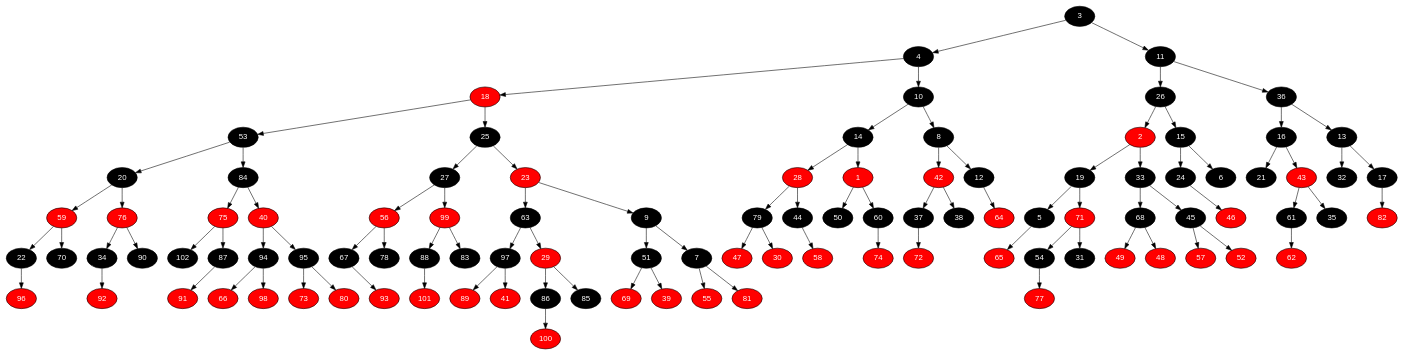
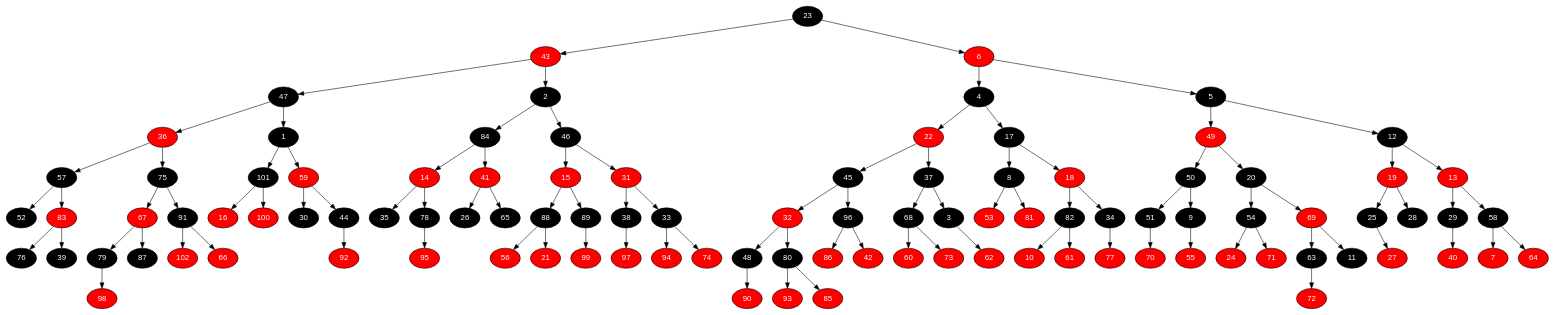
The diagram in T3/outputs/01-mar-pequeno-1par-naus_01-mv1-001-cmr.dot (marcotuiio/Data_Structures), drawn with Graphviz before and after one commit. The commit also changed 634 other files, not shown here.

```diff
--- a/T3/outputs/01-mar-pequeno-1par-naus_01-mv1-001-cmr.dot
+++ b/T3/outputs/01-mar-pequeno-1par-naus_01-mv1-001-cmr.dot
@@ -3,209 +3,209 @@
 	edge [fontname="Helvetica,Arial,sans-serif" color="black"]
 
 	{
-		node [fillcolor=" black" fontcolor=" white"] 3 
+		node [fillcolor=" black" fontcolor=" white"] 23 
+		node [fillcolor=" red" fontcolor=" white"] 43 
+		node [fillcolor=" black" fontcolor=" white"] 47 
+		node [fillcolor=" red" fontcolor=" white"] 36 
+		node [fillcolor=" black" fontcolor=" white"] 57 
+		node [fillcolor=" black" fontcolor=" white"] 52 
+		node [fillcolor=" red" fontcolor=" white"] 83 
+		node [fillcolor=" black" fontcolor=" white"] 76 
+		node [fillcolor=" black" fontcolor=" white"] 39 
+		node [fillcolor=" black" fontcolor=" white"] 75 
+		node [fillcolor=" red" fontcolor=" white"] 67 
+		node [fillcolor=" black" fontcolor=" white"] 79 
+		node [fillcolor=" red" fontcolor=" white"] 98 
+		node [fillcolor=" black" fontcolor=" white"] 87 
+		node [fillcolor=" black" fontcolor=" white"] 91 
+		node [fillcolor=" red" fontcolor=" white"] 102 
+		node [fillcolor=" red" fontcolor=" white"] 66 
+		node [fillcolor=" black" fontcolor=" white"] 1 
+		node [fillcolor=" black" fontcolor=" white"] 101 
+		node [fillcolor=" red" fontcolor=" white"] 16 
+		node [fillcolor=" red" fontcolor=" white"] 100 
+		node [fillcolor=" red" fontcolor=" white"] 59 
+		node [fillcolor=" black" fontcolor=" white"] 30 
+		node [fillcolor=" black" fontcolor=" white"] 44 
+		node [fillcolor=" red" fontcolor=" white"] 92 
+		node [fillcolor=" black" fontcolor=" white"] 2 
+		node [fillcolor=" black" fontcolor=" white"] 84 
+		node [fillcolor=" red" fontcolor=" white"] 14 
+		node [fillcolor=" black" fontcolor=" white"] 35 
+		node [fillcolor=" black" fontcolor=" white"] 78 
+		node [fillcolor=" red" fontcolor=" white"] 95 
+		node [fillcolor=" red" fontcolor=" white"] 41 
+		node [fillcolor=" black" fontcolor=" white"] 26 
+		node [fillcolor=" black" fontcolor=" white"] 65 
+		node [fillcolor=" black" fontcolor=" white"] 46 
+		node [fillcolor=" red" fontcolor=" white"] 15 
+		node [fillcolor=" black" fontcolor=" white"] 88 
+		node [fillcolor=" red" fontcolor=" white"] 56 
+		node [fillcolor=" red" fontcolor=" white"] 21 
+		node [fillcolor=" black" fontcolor=" white"] 89 
+		node [fillcolor=" red" fontcolor=" white"] 99 
+		node [fillcolor=" red" fontcolor=" white"] 31 
+		node [fillcolor=" black" fontcolor=" white"] 38 
+		node [fillcolor=" red" fontcolor=" white"] 97 
+		node [fillcolor=" black" fontcolor=" white"] 33 
+		node [fillcolor=" red" fontcolor=" white"] 94 
+		node [fillcolor=" red" fontcolor=" white"] 74 
+		node [fillcolor=" red" fontcolor=" white"] 6 
 		node [fillcolor=" black" fontcolor=" white"] 4 
-		node [fillcolor=" red" fontcolor=" white"] 18 
-		node [fillcolor=" black" fontcolor=" white"] 53 
-		node [fillcolor=" black" fontcolor=" white"] 20 
-		node [fillcolor=" red" fontcolor=" white"] 59 
-		node [fillcolor=" black" fontcolor=" white"] 22 
-		node [fillcolor=" red" fontcolor=" white"] 96 
-		node [fillcolor=" black" fontcolor=" white"] 70 
-		node [fillcolor=" red" fontcolor=" white"] 76 
-		node [fillcolor=" black" fontcolor=" white"] 34 
-		node [fillcolor=" red" fontcolor=" white"] 92 
-		node [fillcolor=" black" fontcolor=" white"] 90 
-		node [fillcolor=" black" fontcolor=" white"] 84 
-		node [fillcolor=" red" fontcolor=" white"] 75 
-		node [fillcolor=" black" fontcolor=" white"] 102 
-		node [fillcolor=" black" fontcolor=" white"] 87 
-		node [fillcolor=" red" fontcolor=" white"] 91 
-		node [fillcolor=" red" fontcolor=" white"] 40 
-		node [fillcolor=" black" fontcolor=" white"] 94 
-		node [fillcolor=" red" fontcolor=" white"] 66 
-		node [fillcolor=" red" fontcolor=" white"] 98 
-		node [fillcolor=" black" fontcolor=" white"] 95 
-		node [fillcolor=" red" fontcolor=" white"] 73 
-		node [fillcolor=" red" fontcolor=" white"] 80 
-		node [fillcolor=" black" fontcolor=" white"] 25 
-		node [fillcolor=" black" fontcolor=" white"] 27 
-		node [fillcolor=" red" fontcolor=" white"] 56 
-		node [fillcolor=" black" fontcolor=" white"] 67 
+		node [fillcolor=" red" fontcolor=" white"] 22 
+		node [fillcolor=" black" fontcolor=" white"] 45 
+		node [fillcolor=" red" fontcolor=" white"] 32 
+		node [fillcolor=" black" fontcolor=" white"] 48 
+		node [fillcolor=" red" fontcolor=" white"] 90 
+		node [fillcolor=" black" fontcolor=" white"] 80 
 		node [fillcolor=" red" fontcolor=" white"] 93 
-		node [fillcolor=" black" fontcolor=" white"] 78 
-		node [fillcolor=" red" fontcolor=" white"] 99 
-		node [fillcolor=" black" fontcolor=" white"] 88 
-		node [fillcolor=" red" fontcolor=" white"] 101 
-		node [fillcolor=" black" fontcolor=" white"] 83 
-		node [fillcolor=" red" fontcolor=" white"] 23 
-		node [fillcolor=" black" fontcolor=" white"] 63 
-		node [fillcolor=" black" fontcolor=" white"] 97 
-		node [fillcolor=" red" fontcolor=" white"] 89 
-		node [fillcolor=" red" fontcolor=" white"] 41 
-		node [fillcolor=" red" fontcolor=" white"] 29 
-		node [fillcolor=" black" fontcolor=" white"] 86 
-		node [fillcolor=" red" fontcolor=" white"] 100 
-		node [fillcolor=" black" fontcolor=" white"] 85 
-		node [fillcolor=" black" fontcolor=" white"] 9 
-		node [fillcolor=" black" fontcolor=" white"] 51 
-		node [fillcolor=" red" fontcolor=" white"] 69 
-		node [fillcolor=" red" fontcolor=" white"] 39 
-		node [fillcolor=" black" fontcolor=" white"] 7 
-		node [fillcolor=" red" fontcolor=" white"] 55 
-		node [fillcolor=" red" fontcolor=" white"] 81 
-		node [fillcolor=" black" fontcolor=" white"] 10 
-		node [fillcolor=" black" fontcolor=" white"] 14 
-		node [fillcolor=" red" fontcolor=" white"] 28 
-		node [fillcolor=" black" fontcolor=" white"] 79 
-		node [fillcolor=" red" fontcolor=" white"] 47 
-		node [fillcolor=" red" fontcolor=" white"] 30 
-		node [fillcolor=" black" fontcolor=" white"] 44 
-		node [fillcolor=" red" fontcolor=" white"] 58 
-		node [fillcolor=" red" fontcolor=" white"] 1 
-		node [fillcolor=" black" fontcolor=" white"] 50 
-		node [fillcolor=" black" fontcolor=" white"] 60 
-		node [fillcolor=" red" fontcolor=" white"] 74 
-		node [fillcolor=" black" fontcolor=" white"] 8 
+		node [fillcolor=" red" fontcolor=" white"] 85 
+		node [fillcolor=" black" fontcolor=" white"] 96 
+		node [fillcolor=" red" fontcolor=" white"] 86 
 		node [fillcolor=" red" fontcolor=" white"] 42 
 		node [fillcolor=" black" fontcolor=" white"] 37 
+		node [fillcolor=" black" fontcolor=" white"] 68 
+		node [fillcolor=" red" fontcolor=" white"] 60 
+		node [fillcolor=" red" fontcolor=" white"] 73 
+		node [fillcolor=" black" fontcolor=" white"] 3 
+		node [fillcolor=" red" fontcolor=" white"] 62 
+		node [fillcolor=" black" fontcolor=" white"] 17 
+		node [fillcolor=" black" fontcolor=" white"] 8 
+		node [fillcolor=" red" fontcolor=" white"] 53 
+		node [fillcolor=" red" fontcolor=" white"] 81 
+		node [fillcolor=" red" fontcolor=" white"] 18 
+		node [fillcolor=" black" fontcolor=" white"] 82 
+		node [fillcolor=" red" fontcolor=" white"] 10 
+		node [fillcolor=" red" fontcolor=" white"] 61 
+		node [fillcolor=" black" fontcolor=" white"] 34 
+		node [fillcolor=" red" fontcolor=" white"] 77 
+		node [fillcolor=" black" fontcolor=" white"] 5 
+		node [fillcolor=" red" fontcolor=" white"] 49 
+		node [fillcolor=" black" fontcolor=" white"] 50 
+		node [fillcolor=" black" fontcolor=" white"] 51 
+		node [fillcolor=" red" fontcolor=" white"] 70 
+		node [fillcolor=" black" fontcolor=" white"] 9 
+		node [fillcolor=" red" fontcolor=" white"] 55 
+		node [fillcolor=" black" fontcolor=" white"] 20 
+		node [fillcolor=" black" fontcolor=" white"] 54 
+		node [fillcolor=" red" fontcolor=" white"] 24 
+		node [fillcolor=" red" fontcolor=" white"] 71 
+		node [fillcolor=" red" fontcolor=" white"] 69 
+		node [fillcolor=" black" fontcolor=" white"] 63 
 		node [fillcolor=" red" fontcolor=" white"] 72 
-		node [fillcolor=" black" fontcolor=" white"] 38 
+		node [fillcolor=" black" fontcolor=" white"] 11 
 		node [fillcolor=" black" fontcolor=" white"] 12 
+		node [fillcolor=" red" fontcolor=" white"] 19 
+		node [fillcolor=" black" fontcolor=" white"] 25 
+		node [fillcolor=" red" fontcolor=" white"] 27 
+		node [fillcolor=" black" fontcolor=" white"] 28 
+		node [fillcolor=" red" fontcolor=" white"] 13 
+		node [fillcolor=" black" fontcolor=" white"] 29 
+		node [fillcolor=" red" fontcolor=" white"] 40 
+		node [fillcolor=" black" fontcolor=" white"] 58 
+		node [fillcolor=" red" fontcolor=" white"] 7 
 		node [fillcolor=" red" fontcolor=" white"] 64 
-		node [fillcolor=" black" fontcolor=" white"] 11 
-		node [fillcolor=" black" fontcolor=" white"] 26 
-		node [fillcolor=" red" fontcolor=" white"] 2 
-		node [fillcolor=" black" fontcolor=" white"] 19 
-		node [fillcolor=" black" fontcolor=" white"] 5 
-		node [fillcolor=" red" fontcolor=" white"] 65 
-		node [fillcolor=" red" fontcolor=" white"] 71 
-		node [fillcolor=" black" fontcolor=" white"] 54 
-		node [fillcolor=" red" fontcolor=" white"] 77 
-		node [fillcolor=" black" fontcolor=" white"] 31 
-		node [fillcolor=" black" fontcolor=" white"] 33 
-		node [fillcolor=" black" fontcolor=" white"] 68 
-		node [fillcolor=" red" fontcolor=" white"] 49 
-		node [fillcolor=" red" fontcolor=" white"] 48 
-		node [fillcolor=" black" fontcolor=" white"] 45 
-		node [fillcolor=" red" fontcolor=" white"] 57 
-		node [fillcolor=" red" fontcolor=" white"] 52 
-		node [fillcolor=" black" fontcolor=" white"] 15 
-		node [fillcolor=" black" fontcolor=" white"] 24 
-		node [fillcolor=" red" fontcolor=" white"] 46 
-		node [fillcolor=" black" fontcolor=" white"] 6 
-		node [fillcolor=" black" fontcolor=" white"] 36 
-		node [fillcolor=" black" fontcolor=" white"] 16 
-		node [fillcolor=" black" fontcolor=" white"] 21 
-		node [fillcolor=" red" fontcolor=" white"] 43 
-		node [fillcolor=" black" fontcolor=" white"] 61 
-		node [fillcolor=" red" fontcolor=" white"] 62 
-		node [fillcolor=" black" fontcolor=" white"] 35 
-		node [fillcolor=" black" fontcolor=" white"] 13 
-		node [fillcolor=" black" fontcolor=" white"] 32 
-		node [fillcolor=" black" fontcolor=" white"] 17 
-		node [fillcolor=" red" fontcolor=" white"] 82 
 	}
 
-	3 -> 4 
-	3 -> 11 
-	4 -> 18 
-	4 -> 10 
-	18 -> 53 
-	18 -> 25 
-	53 -> 20 
-	53 -> 84 
-	20 -> 59 
-	20 -> 76 
-	59 -> 22 
-	59 -> 70 
-	22 -> 96 
-	76 -> 34 
-	76 -> 90 
-	34 -> 92 
-	84 -> 75 
-	84 -> 40 
-	75 -> 102 
-	75 -> 87 
-	87 -> 91 
-	40 -> 94 
-	40 -> 95 
-	94 -> 66 
-	94 -> 98 
-	95 -> 73 
-	95 -> 80 
+	23 -> 43 
+	23 -> 6 
+	43 -> 47 
+	43 -> 2 
+	47 -> 36 
+	47 -> 1 
+	36 -> 57 
+	36 -> 75 
+	57 -> 52 
+	57 -> 83 
+	83 -> 76 
+	83 -> 39 
+	75 -> 67 
+	75 -> 91 
+	67 -> 79 
+	67 -> 87 
+	79 -> 98 
+	91 -> 102 
+	91 -> 66 
+	1 -> 101 
+	1 -> 59 
+	101 -> 16 
+	101 -> 100 
+	59 -> 30 
+	59 -> 44 
+	44 -> 92 
+	2 -> 84 
+	2 -> 46 
+	84 -> 14 
+	84 -> 41 
+	14 -> 35 
+	14 -> 78 
+	78 -> 95 
+	41 -> 26 
+	41 -> 65 
+	46 -> 15 
+	46 -> 31 
+	15 -> 88 
+	15 -> 89 
+	88 -> 56 
+	88 -> 21 
+	89 -> 99 
+	31 -> 38 
+	31 -> 33 
+	38 -> 97 
+	33 -> 94 
+	33 -> 74 
+	6 -> 4 
+	6 -> 5 
+	4 -> 22 
+	4 -> 17 
+	22 -> 45 
+	22 -> 37 
+	45 -> 32 
+	45 -> 96 
+	32 -> 48 
+	32 -> 80 
+	48 -> 90 
+	80 -> 93 
+	80 -> 85 
+	96 -> 86 
+	96 -> 42 
+	37 -> 68 
+	37 -> 3 
+	68 -> 60 
+	68 -> 73 
+	3 -> 62 
+	17 -> 8 
+	17 -> 18 
+	8 -> 53 
+	8 -> 81 
+	18 -> 82 
+	18 -> 34 
+	82 -> 10 
+	82 -> 61 
+	34 -> 77 
+	5 -> 49 
+	5 -> 12 
+	49 -> 50 
+	49 -> 20 
+	50 -> 51 
+	50 -> 9 
+	51 -> 70 
+	9 -> 55 
+	20 -> 54 
+	20 -> 69 
+	54 -> 24 
+	54 -> 71 
+	69 -> 63 
+	69 -> 11 
+	63 -> 72 
+	12 -> 19 
+	12 -> 13 
+	19 -> 25 
+	19 -> 28 
 	25 -> 27 
-	25 -> 23 
-	27 -> 56 
-	27 -> 99 
-	56 -> 67 
-	56 -> 78 
-	67 -> 93 
-	99 -> 88 
-	99 -> 83 
-	88 -> 101 
-	23 -> 63 
-	23 -> 9 
-	63 -> 97 
-	63 -> 29 
-	97 -> 89 
-	97 -> 41 
-	29 -> 86 
-	29 -> 85 
-	86 -> 100 
-	9 -> 51 
-	9 -> 7 
-	51 -> 69 
-	51 -> 39 
-	7 -> 55 
-	7 -> 81 
-	10 -> 14 
-	10 -> 8 
-	14 -> 28 
-	14 -> 1 
-	28 -> 79 
-	28 -> 44 
-	79 -> 47 
-	79 -> 30 
-	44 -> 58 
-	1 -> 50 
-	1 -> 60 
-	60 -> 74 
-	8 -> 42 
-	8 -> 12 
-	42 -> 37 
-	42 -> 38 
-	37 -> 72 
-	12 -> 64 
-	11 -> 26 
-	11 -> 36 
-	26 -> 2 
-	26 -> 15 
-	2 -> 19 
-	2 -> 33 
-	19 -> 5 
-	19 -> 71 
-	5 -> 65 
-	71 -> 54 
-	71 -> 31 
-	54 -> 77 
-	33 -> 68 
-	33 -> 45 
-	68 -> 49 
-	68 -> 48 
-	45 -> 57 
-	45 -> 52 
-	15 -> 24 
-	15 -> 6 
-	24 -> 46 
-	36 -> 16 
-	36 -> 13 
-	16 -> 21 
-	16 -> 43 
-	43 -> 61 
-	43 -> 35 
-	61 -> 62 
-	13 -> 32 
-	13 -> 17 
-	17 -> 82 
+	13 -> 29 
+	13 -> 58 
+	29 -> 40 
+	58 -> 7 
+	58 -> 64 
 }
```
